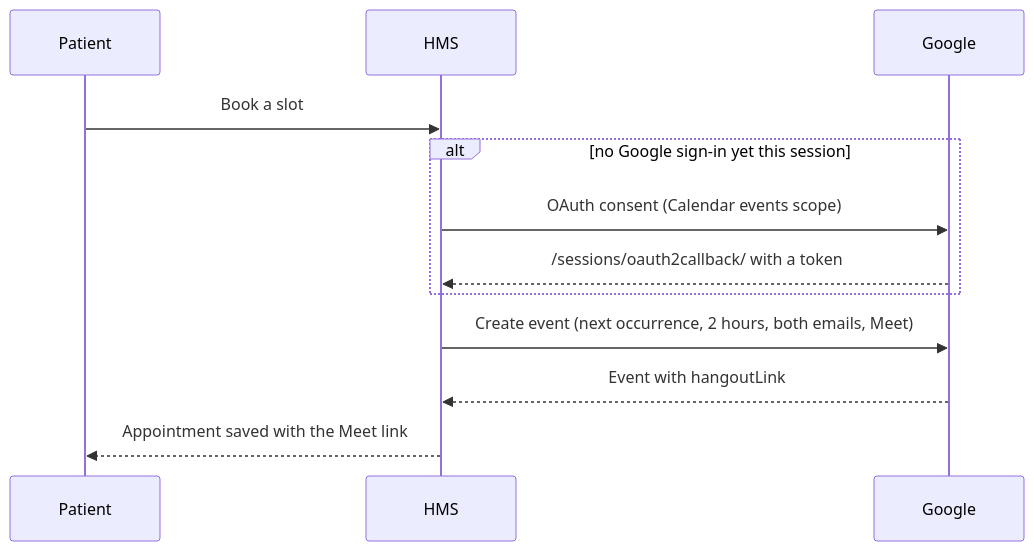
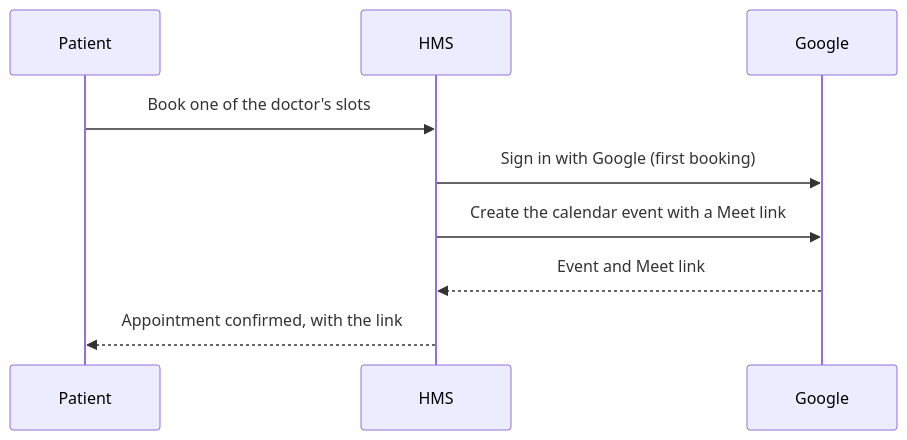
The diagram in docs/telemedicine.md (FARAD56/HMS-software), drawn with Mermaid before and after one commit. The commit also changed other lines of this file and 6 other files, not shown here.

````diff
--- a/docs/telemedicine.md
+++ b/docs/telemedicine.md
@@ -10,14 +10,11 @@
 ```mermaid
 sequenceDiagram
     participant P as Patient
     participant H as HMS
     participant G as Google
-    P->>H: Book a slot
-    alt no Google sign-in yet this session
-        H->>G: OAuth consent (Calendar events scope)
-        G-->>H: /sessions/oauth2callback/ with a token
-    end
-    H->>G: Create event (next occurrence, 2 hours, both emails, Meet)
-    G-->>H: Event with hangoutLink
-    H-->>P: Appointment saved with the Meet link
+    P->>H: Book one of the doctor's slots
+    H->>G: Sign in with Google (first booking)
+    H->>G: Create the calendar event with a Meet link
+    G-->>H: Event and Meet link
+    H-->>P: Appointment confirmed, with the link
 ```
````
